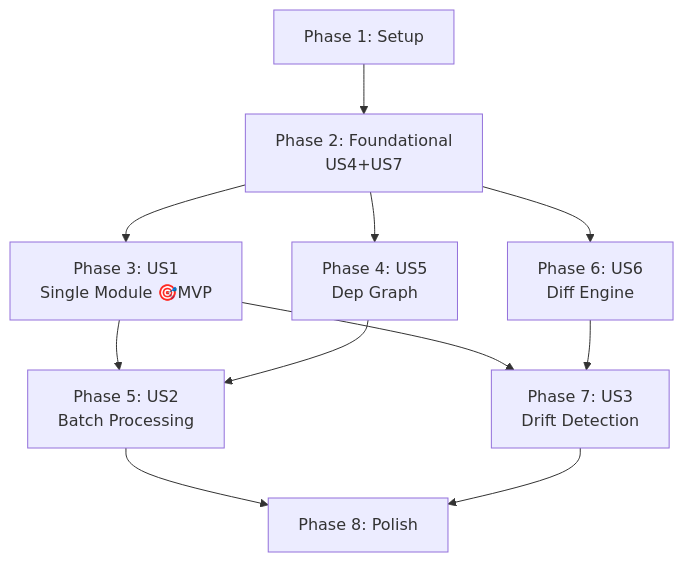
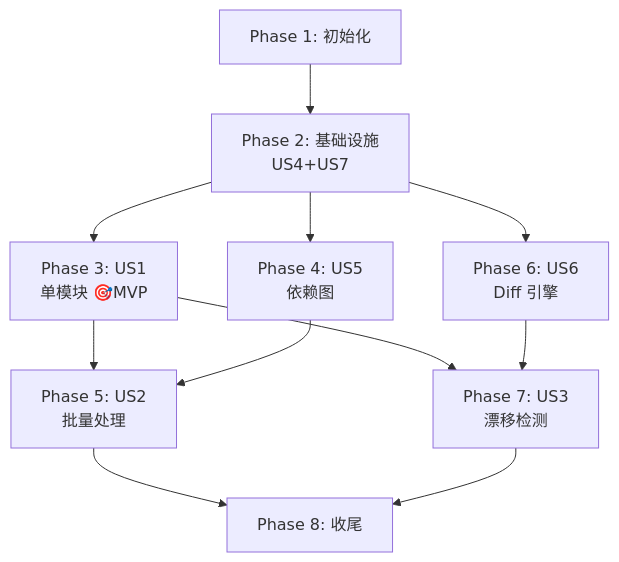
One commit to connor-git-yaml/cc-plugin-market changed the diagram in specs/001-reverse-spec-v2/tasks.md. Above: the diagram before and after it, drawn with Mermaid. The commit also changed other lines of this file and 12 other files, not shown here.

````diff
--- a/specs/001-reverse-spec-v2/tasks.md
+++ b/specs/001-reverse-spec-v2/tasks.md
@@ -207,13 +207,13 @@
 ```mermaid
 graph TD
-    Setup[Phase 1: Setup] --> Found[Phase 2: Foundational<br/>US4+US7]
-    Found --> US1[Phase 3: US1<br/>Single Module 🎯MVP]
-    Found --> US5[Phase 4: US5<br/>Dep Graph]
-    Found --> US6[Phase 6: US6<br/>Diff Engine]
-    US1 --> US2[Phase 5: US2<br/>Batch Processing]
+    Setup[Phase 1: 初始化] --> Found[Phase 2: 基础设施<br/>US4+US7]
+    Found --> US1[Phase 3: US1<br/>单模块 🎯MVP]
+    Found --> US5[Phase 4: US5<br/>依赖图]
+    Found --> US6[Phase 6: US6<br/>Diff 引擎]
+    US1 --> US2[Phase 5: US2<br/>批量处理]
     US5 --> US2
-    US1 --> US3[Phase 7: US3<br/>Drift Detection]
+    US1 --> US3[Phase 7: US3<br/>漂移检测]
     US6 --> US3
-    US2 --> Polish[Phase 8: Polish]
+    US2 --> Polish[Phase 8: 收尾]
     US3 --> Polish
 ```
````
